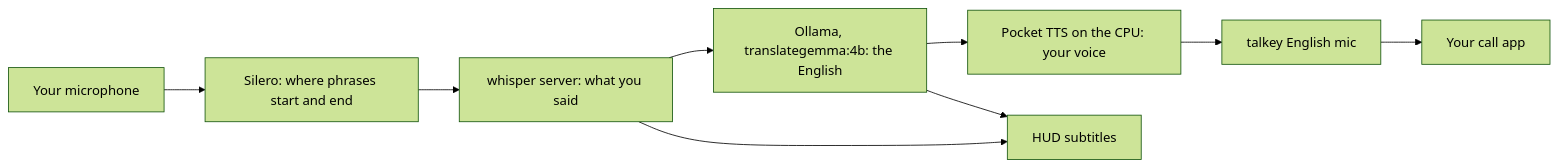
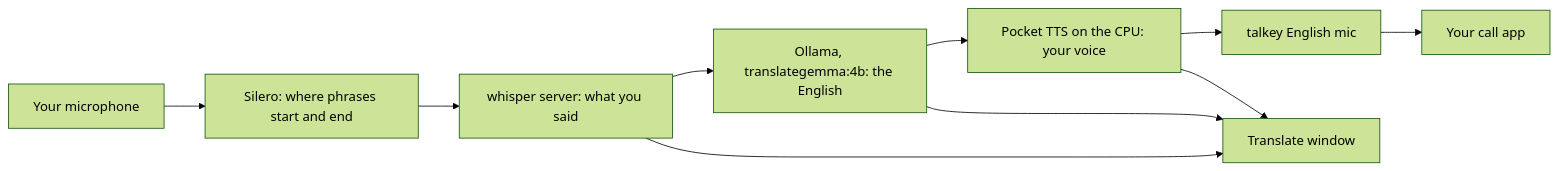
One commit to yogh-io/talkey changed the diagram in docs/translate.md. Above: the diagram before and after it, drawn with Mermaid (forest theme). The commit also changed other lines of this file and 6 other files, not shown here.

First line of the commit message:
document the translate window

````diff
--- a/docs/translate.md
+++ b/docs/translate.md
@@ -30,11 +31,12 @@
 ```mermaid
 flowchart LR
   mic[Your microphone] --> vad[Silero: where phrases start and end]
   vad --> whisper[whisper server: what you said]
   whisper --> llm[Ollama, translategemma:4b: the English]
   llm --> tts[Pocket TTS on the CPU: your voice]
   tts --> sink[talkey English mic]
   sink --> call[Your call app]
-  whisper --> hud[HUD subtitles]
+  whisper --> hud[Translate window]
   llm --> hud
+  tts --> hud
 ```
````
